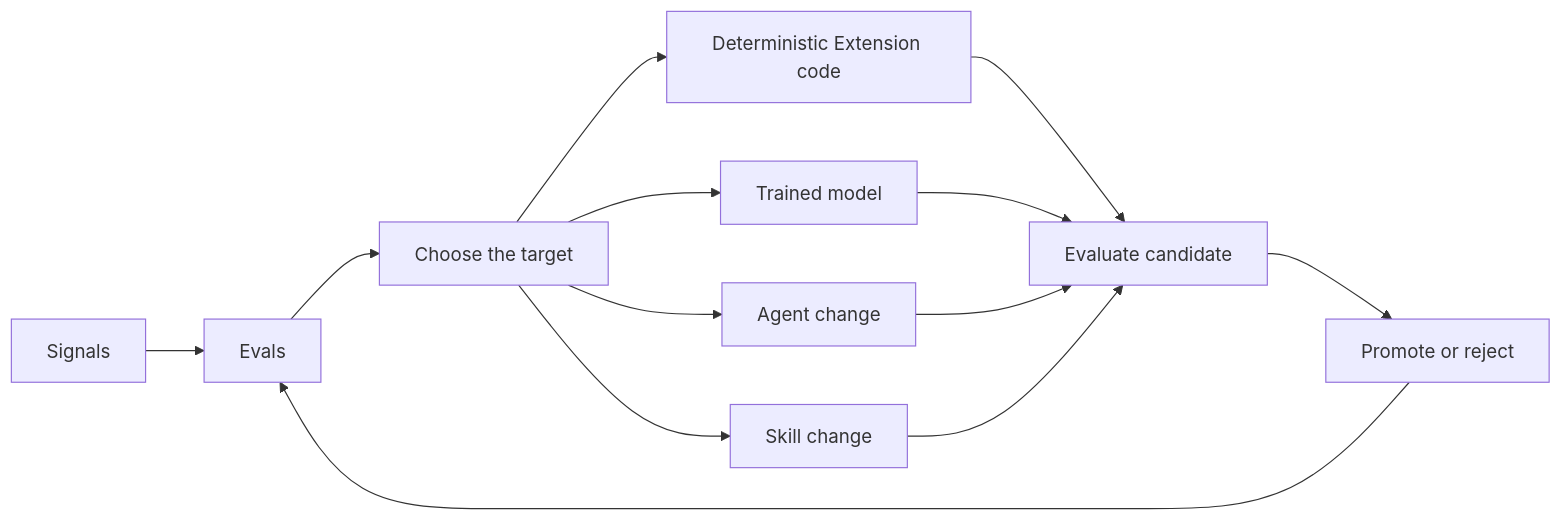
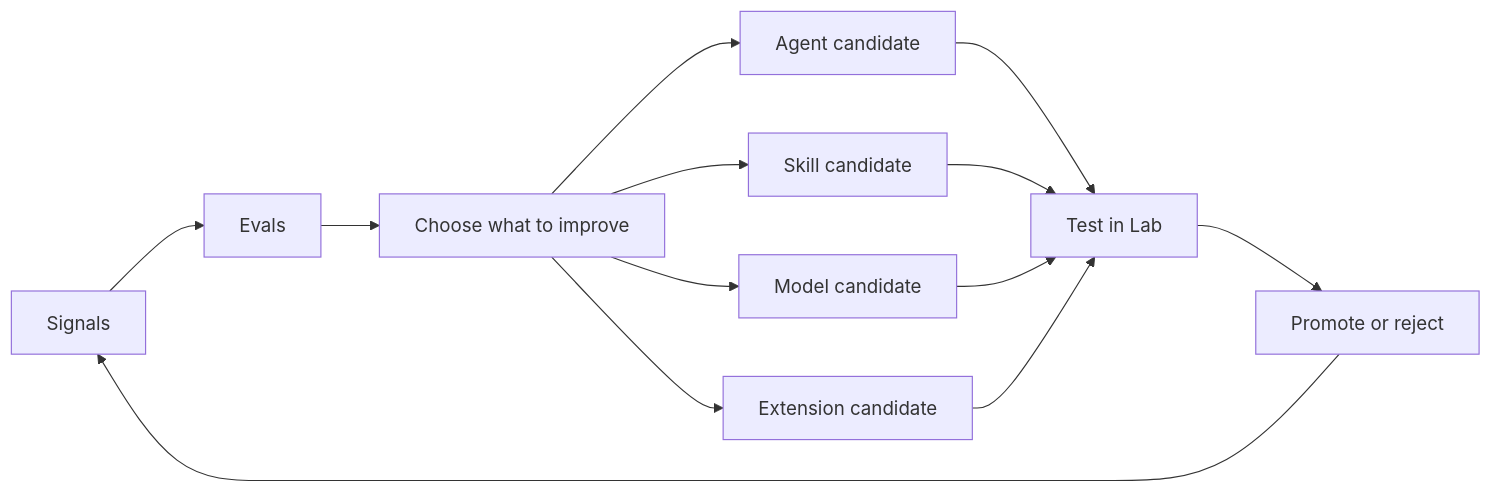
The diagram in README.md (openpond/openpond), drawn with Mermaid before and after one commit. The commit also changed other lines of this file, not shown here.

Commit message:
fix: readme updates (#19)

````diff
--- a/README.md
+++ b/README.md
@@ -23,15 +21,15 @@
 ```mermaid
 flowchart LR
     S["Signals"] --> E["Evals"]
-    E --> R["Choose the target"]
-    R --> X["Deterministic Extension code"]
-    R --> M["Trained model"]
-    R --> A["Agent change"]
-    R --> K["Skill change"]
-    X --> V["Evaluate candidate"]
+    E --> R["Choose what to improve"]
+    R --> A["Agent candidate"]
+    R --> K["Skill candidate"]
+    R --> M["Model candidate"]
+    R --> X["Extension candidate"]
+    A --> V["Test in Lab"]
+    K --> V
     M --> V
-    A --> V
-    K --> V
+    X --> V
     V --> P["Promote or reject"]
-    P --> E
+    P --> S
 ```
````
